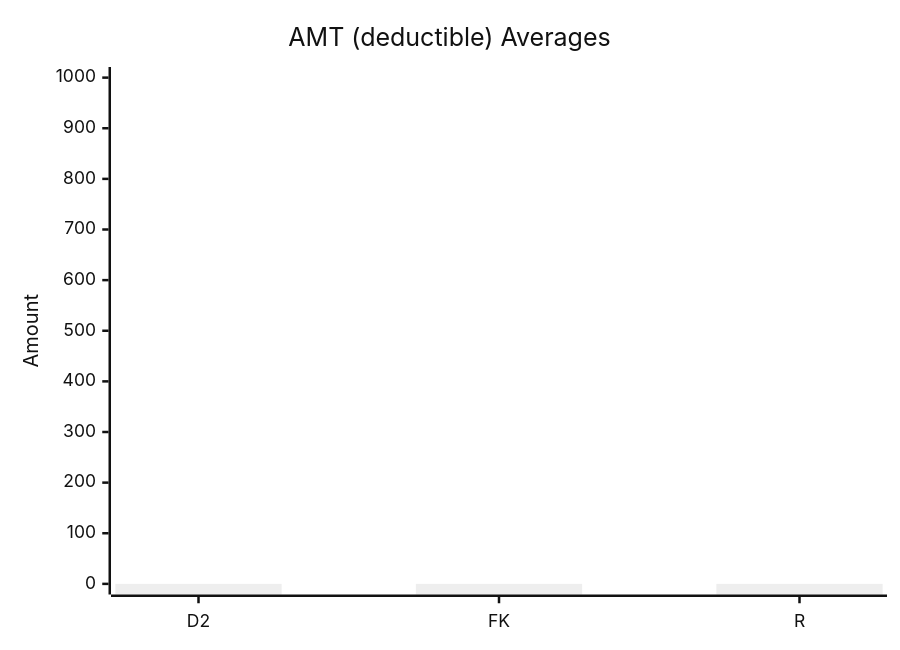
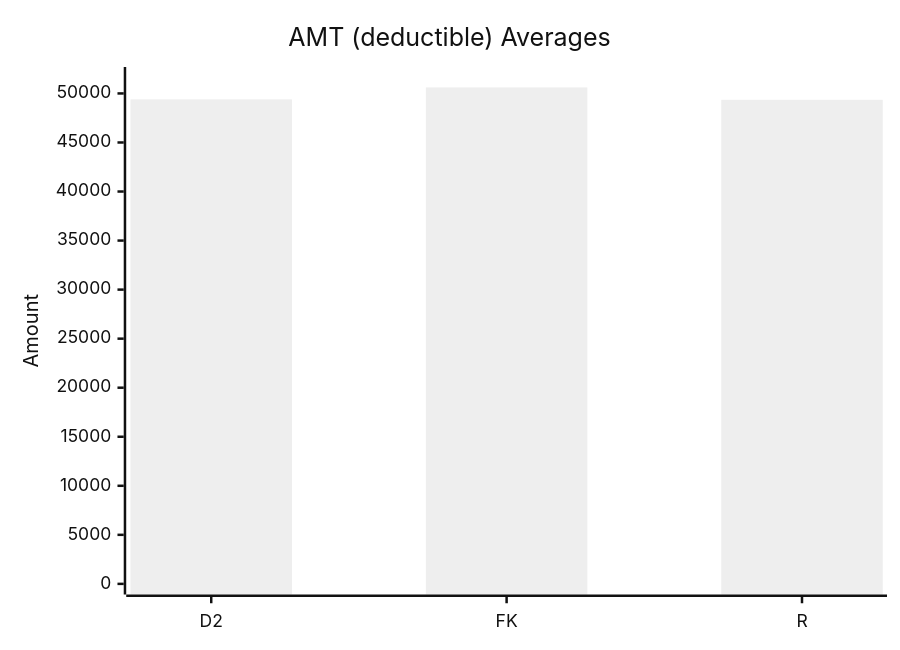
The tenth of 11 diagrams in test-tools/DataGen/src/Statistics_Visualizer.md (dhagan-va/intern-2025), drawn with Mermaid (neutral theme) before and after one commit. The commit also changed other lines of this file and 4 other files, not shown here.

````diff
--- a/test-tools/DataGen/src/Statistics_Visualizer.md
+++ b/test-tools/DataGen/src/Statistics_Visualizer.md
@@ -98,7 +108,7 @@
 ```mermaid
 xychart-beta
     title "AMT (deductible) Averages"
     x-axis ["D2", "FK", "R"]
-    y-axis "Amount" 0 --> 1000.0
-    bar [0.0, 0.0, 0.0]
+    y-axis "Amount" 0 --> 51612.51082621083
+    bar [49393.66552469148, 50612.51082621083, 49349.43000949669]
 ```
````
